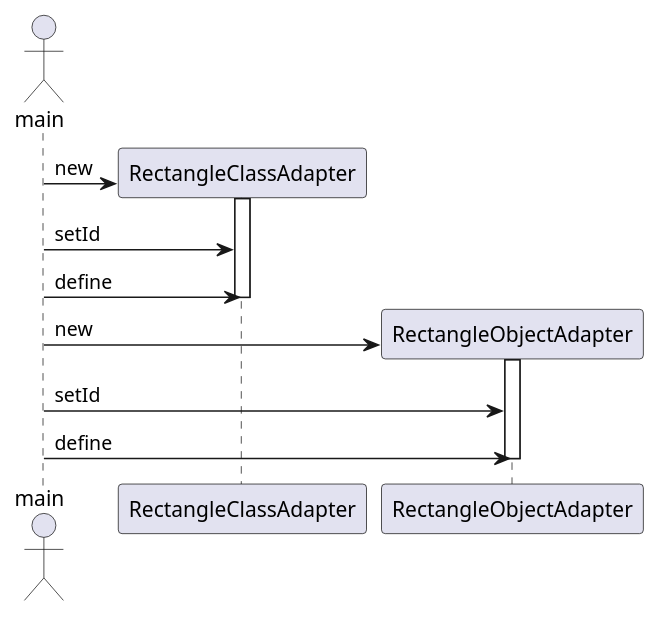
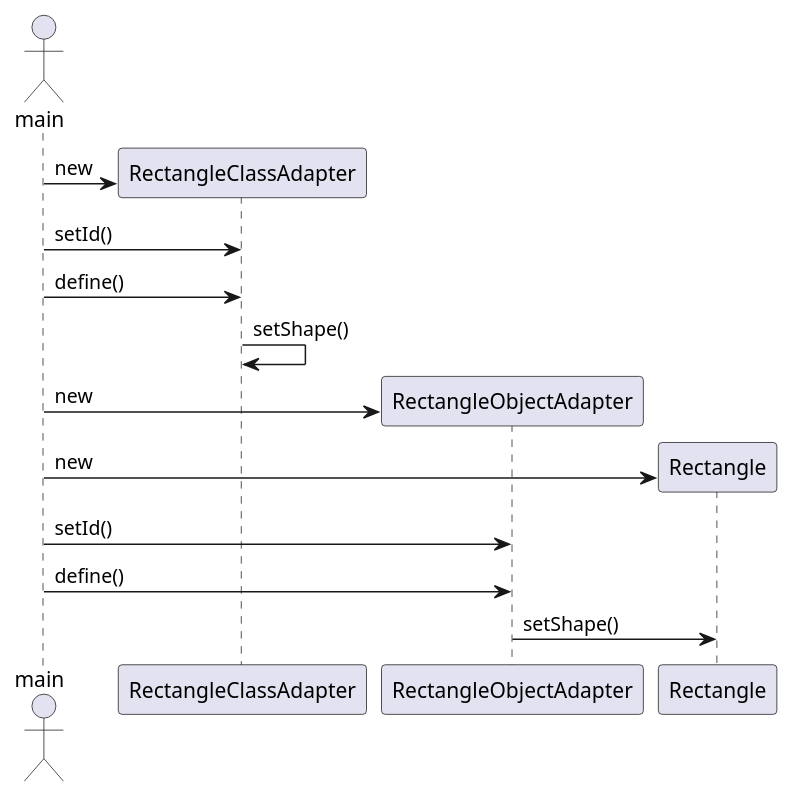
The diagram in Adapter/src/Sequence.puml (BeqaKhaburdzania/FreeUni-SDP-2013-Lab-UML), drawn with PlantUML before and after one commit.

Commit message:
Added calls to adaptees.

```diff
--- a/Adapter/src/Sequence.puml
+++ b/Adapter/src/Sequence.puml
@@ -1,18 +1,20 @@
 @startuml
-	actor main
+    actor main
 	
-	create RectangleClassAdapter
+    create RectangleClassAdapter
     main -> RectangleClassAdapter: new
-    activate RectangleClassAdapter
-    main -> RectangleClassAdapter: setId
-    main -> RectangleClassAdapter: define
-    deactivate RectangleClassAdapter
+    main -> RectangleClassAdapter: setId()
+    main -> RectangleClassAdapter: define()
+    RectangleClassAdapter->RectangleClassAdapter: setShape()
     
     create RectangleObjectAdapter
     main -> RectangleObjectAdapter: new
-    activate RectangleObjectAdapter
-    main -> RectangleObjectAdapter: setId
-    main -> RectangleObjectAdapter: define
-    deactivate RectangleObjectAdapter
+
+    create Rectangle
+    main -> Rectangle: new
+
+    main -> RectangleObjectAdapter: setId()
+    main -> RectangleObjectAdapter: define()
+    RectangleObjectAdapter -> Rectangle : setShape()
     
 @enduml
```
